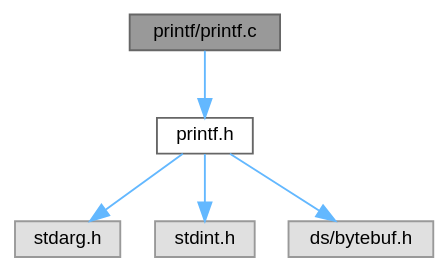
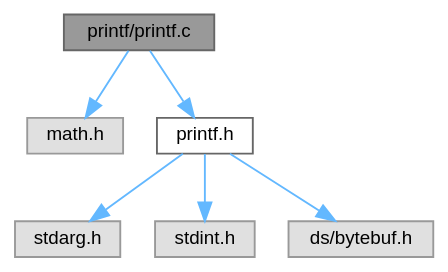
One commit to ebs-universe/piolib-printf changed the diagram in printf_8c__incl.dot. Above: the diagram before and after it, drawn with Graphviz. The commit also changed 23 other files, not shown here.

```diff
--- a/printf_8c__incl.dot
+++ b/printf_8c__incl.dot
@@ -1,17 +1,19 @@
 digraph "printf/printf.c"
 {
  // INTERACTIVE_SVG=YES
  // LATEX_PDF_SIZE
   bgcolor="transparent";
   edge [fontname=Helvetica,fontsize=10,labelfontname=Helvetica,labelfontsize=10];
   node [fontname=Helvetica,fontsize=10,shape=box,height=0.2,width=0.4];
   Node1 [id="Node000001",label="printf/printf.c",height=0.2,width=0.4,color="gray40", fillcolor="grey60", style="filled", fontcolor="black",tooltip="Pared down printf implementation for embedded use."];
   Node1 -> Node2 [id="edge1_Node000001_Node000002",color="steelblue1",style="solid",tooltip=" "];
-  Node2 [id="Node000002",label="printf.h",height=0.2,width=0.4,color="grey40", fillcolor="white", style="filled",URL="$printf_8h.html",tooltip="Interface and usage of printf implementation."];
-  Node2 -> Node3 [id="edge2_Node000002_Node000003",color="steelblue1",style="solid",tooltip=" "];
-  Node3 [id="Node000003",label="stdarg.h",height=0.2,width=0.4,color="grey60", fillcolor="#E0E0E0", style="filled",tooltip=" "];
-  Node2 -> Node4 [id="edge3_Node000002_Node000004",color="steelblue1",style="solid",tooltip=" "];
-  Node4 [id="Node000004",label="stdint.h",height=0.2,width=0.4,color="grey60", fillcolor="#E0E0E0", style="filled",tooltip=" "];
-  Node2 -> Node5 [id="edge4_Node000002_Node000005",color="steelblue1",style="solid",tooltip=" "];
-  Node5 [id="Node000005",label="ds/bytebuf.h",height=0.2,width=0.4,color="grey60", fillcolor="#E0E0E0", style="filled",tooltip=" "];
+  Node2 [id="Node000002",label="math.h",height=0.2,width=0.4,color="grey60", fillcolor="#E0E0E0", style="filled",tooltip=" "];
+  Node1 -> Node3 [id="edge2_Node000001_Node000003",color="steelblue1",style="solid",tooltip=" "];
+  Node3 [id="Node000003",label="printf.h",height=0.2,width=0.4,color="grey40", fillcolor="white", style="filled",URL="$printf_8h.html",tooltip="Interface and usage of printf implementation."];
+  Node3 -> Node4 [id="edge3_Node000003_Node000004",color="steelblue1",style="solid",tooltip=" "];
+  Node4 [id="Node000004",label="stdarg.h",height=0.2,width=0.4,color="grey60", fillcolor="#E0E0E0", style="filled",tooltip=" "];
+  Node3 -> Node5 [id="edge4_Node000003_Node000005",color="steelblue1",style="solid",tooltip=" "];
+  Node5 [id="Node000005",label="stdint.h",height=0.2,width=0.4,color="grey60", fillcolor="#E0E0E0", style="filled",tooltip=" "];
+  Node3 -> Node6 [id="edge5_Node000003_Node000006",color="steelblue1",style="solid",tooltip=" "];
+  Node6 [id="Node000006",label="ds/bytebuf.h",height=0.2,width=0.4,color="grey60", fillcolor="#E0E0E0", style="filled",tooltip=" "];
 }
```
